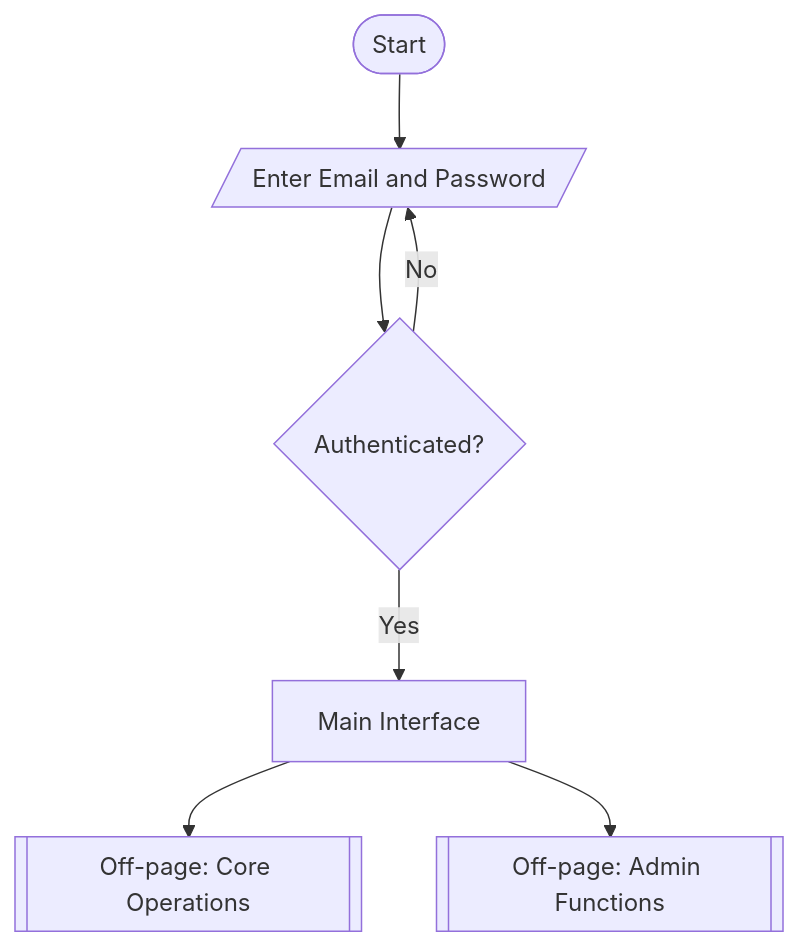
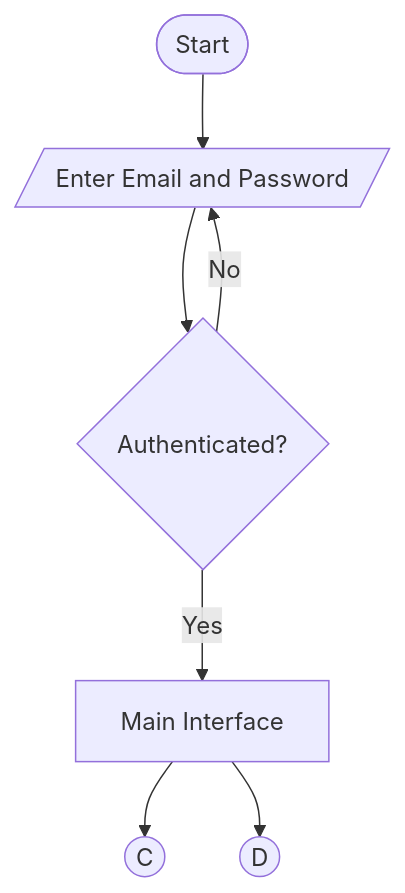
One commit to Jechrispotato/Refractor changed the sixth of 33 diagrams in Manuscript/diagrams.md. Above: the diagram before and after it, drawn with Mermaid. The commit also changed other lines of this file and 2 other files, not shown here.

````diff
--- a/Manuscript/diagrams.md
+++ b/Manuscript/diagrams.md
@@ -129,9 +129,9 @@
 ```mermaid
 flowchart TD
     Start([Start]) --> Login[/Enter Email and Password/]
     Login --> Auth{Authenticated?}
     Auth -->|No| Login
     Auth -->|Yes| Main[Main Interface]
-    Main --> OP1[[Off-page: Core Operations]]
-    Main --> OP2[[Off-page: Admin Functions]]
+    Main --> OP1((C))
+    Main --> OP2((D))
 ```
````
